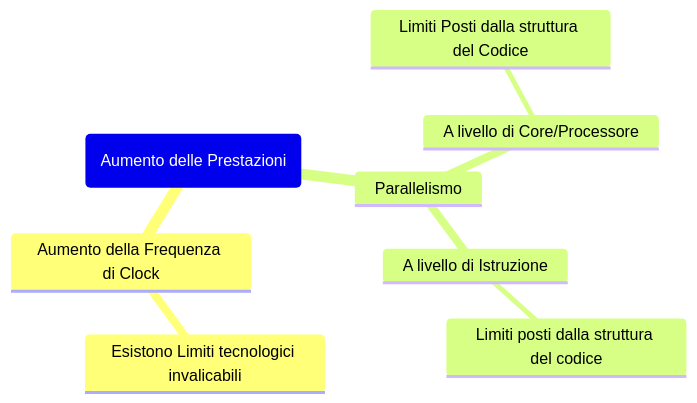
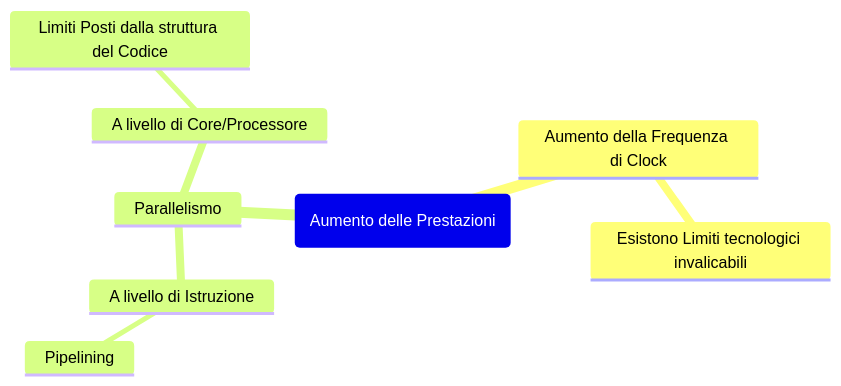
One commit to delpiter/Git-Obsidian changed the diagram in Git-Obsidian/Architettura degli Elaboratori/Architetture a Confronto/Tipologie di Architetture.md. Above: the diagram before and after it, drawn with Mermaid. The commit also changed 1 other file, not shown here.

Commit message:
vault backup: 2024-06-20 12:50:34

````diff
--- a/Git-Obsidian/Architettura degli Elaboratori/Architetture a Confronto/Tipologie di Architetture.md
+++ b/Git-Obsidian/Architettura degli Elaboratori/Architetture a Confronto/Tipologie di Architetture.md
@@ -61,11 +61,11 @@
 ```mermaid
 mindmap
 root(Aumento delle Prestazioni)
 	Aumento della Frequenza di Clock
 		Esistono Limiti tecnologici invalicabili
 	Parallelismo
 		A livello di Istruzione
-			Limiti posti dalla struttura del codice
+			Pipelining
 		A livello di Core/Processore
 			Limiti Posti dalla struttura del Codice
 ```
````
